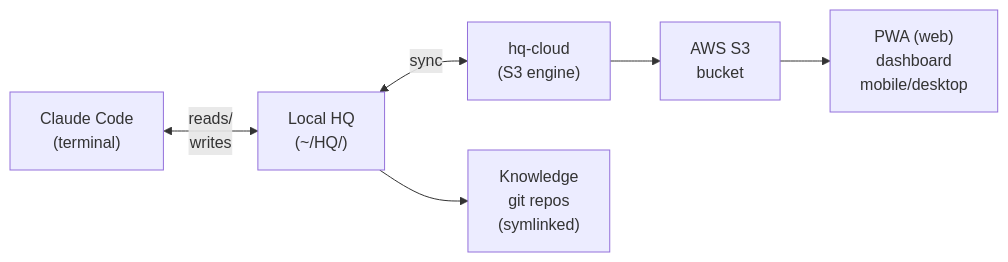
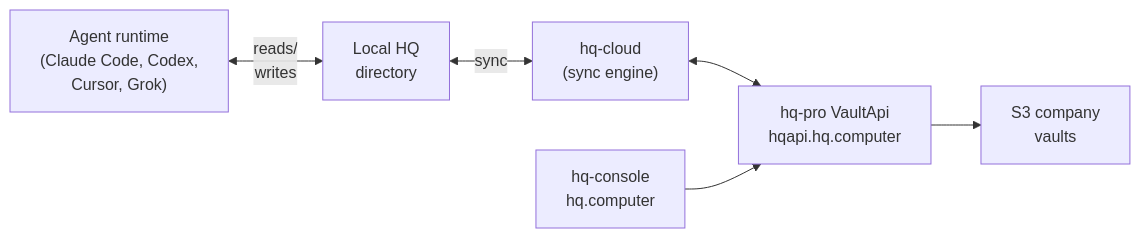
Before and after one commit to indigoai-us/indigo-docs: the second of 5 diagrams in src/content/docs/hq/architecture/1-overview.mdx, drawn with Mermaid. The commit also changed other lines of this file and 92 other files, not shown here.

````diff
--- a/src/content/docs/hq/architecture/1-overview.mdx
+++ b/src/content/docs/hq/architecture/1-overview.mdx
@@ -34,8 +36,8 @@
 ```mermaid
 graph LR
-    claude["Claude Code<br/>(terminal)"] <-->|"reads/<br/>writes"| local["Local HQ<br/>(~/HQ/)"]
-    local <-->|sync| cloud["hq-cloud<br/>(S3 engine)"]
-    local --> knowledge["Knowledge<br/>git repos<br/>(symlinked)"]
-    cloud --> s3["AWS S3<br/>bucket"]
-    s3 --> pwa["PWA (web)<br/>dashboard<br/>mobile/desktop"]
+    agent["Agent runtime<br/>(Claude Code, Codex,<br/>Cursor, Grok)"] <-->|"reads/<br/>writes"| local["Local HQ<br/>directory"]
+    local <-->|sync| cloud["hq-cloud<br/>(sync engine)"]
+    cloud <--> api["hq-pro VaultApi<br/>hqapi.hq.computer"]
+    api --> s3["S3 company<br/>vaults"]
+    console["hq-console<br/>hq.computer"] --> api
 ```
````
